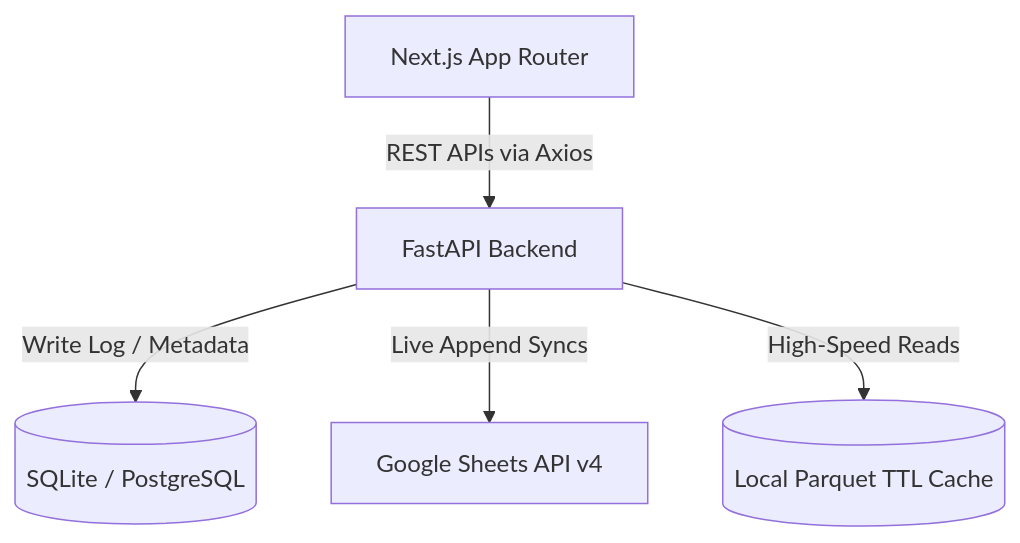
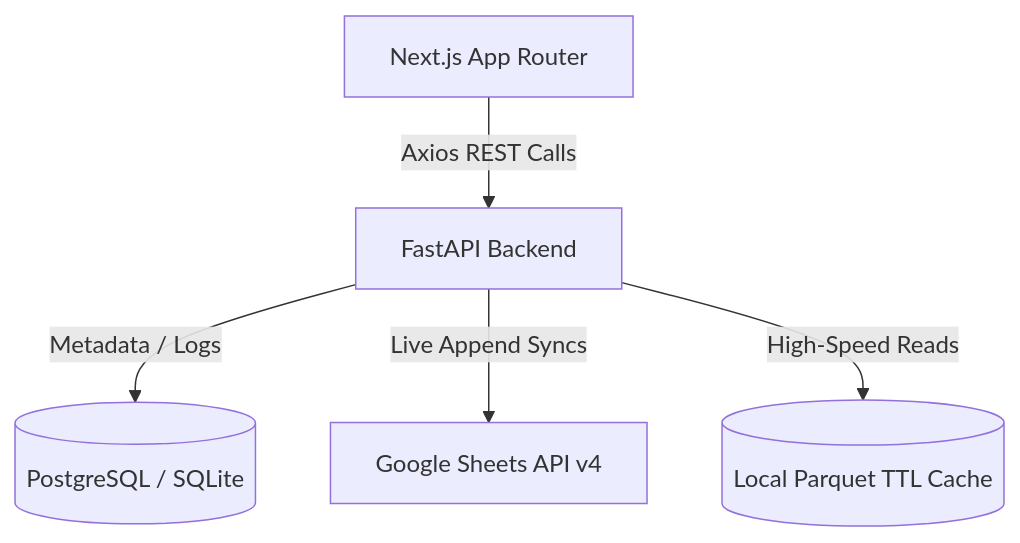
The diagram in DEVELOPER_GUIDE.md (sumitkumarnayak-hub/forecast-pipeline-v2), drawn with Mermaid before and after one commit. The commit also changed other lines of this file, not shown here.

````diff
--- a/DEVELOPER_GUIDE.md
+++ b/DEVELOPER_GUIDE.md
@@ -14,7 +14,7 @@
 ```mermaid
 graph TD
-    UI[Next.js App Router] -->|REST APIs via Axios| API[FastAPI Backend]
-    API -->|Write Log / Metadata| DB[(SQLite / PostgreSQL)]
+    UI[Next.js App Router] -->|Axios REST Calls| API[FastAPI Backend]
+    API -->|Metadata / Logs| DB[(PostgreSQL / SQLite)]
     API -->|Live Append Syncs| Sheets[Google Sheets API v4]
     API -->|High-Speed Reads| Cache[(Local Parquet TTL Cache)]
 ```
````
